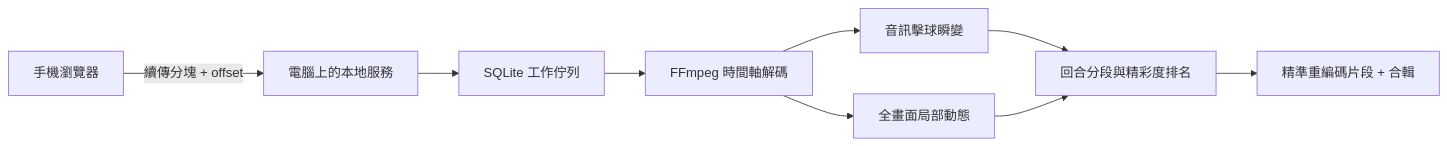
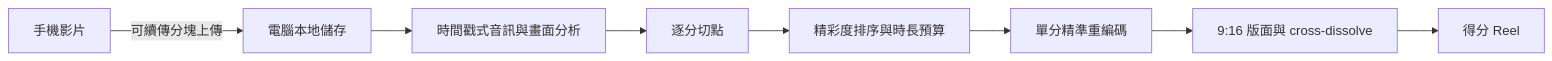
One commit to momonong/pingpong-auto-highlight changed the diagram in README.md. Above: the diagram before and after it, drawn with Mermaid. The commit also changed other lines of this file and 18 other files, not shown here.

````diff
--- a/README.md
+++ b/README.md
@@ -35,11 +45,10 @@
 ```mermaid
 flowchart LR
-    A["手機瀏覽器"] -->|"續傳分塊 + offset"| B["電腦上的本地服務"]
-    B --> C["SQLite 工作佇列"]
-    C --> D["FFmpeg 時間軸解碼"]
-    D --> E["音訊擊球瞬變"]
-    D --> F["全畫面局部動態"]
-    E --> G["回合分段與精彩度排名"]
-    F --> G
-    G --> H["精準重編碼片段 + 合輯"]
+    A["手機影片"] -->|"可續傳分塊上傳"| B["電腦本地儲存"]
+    B --> C["時間戳式音訊與畫面分析"]
+    C --> D["逐分切點"]
+    D --> E["精彩度排序與時長預算"]
+    E --> F["單分精準重編碼"]
+    F --> G["9:16 版面與 cross-dissolve"]
+    G --> H["得分 Reel"]
 ```
````
